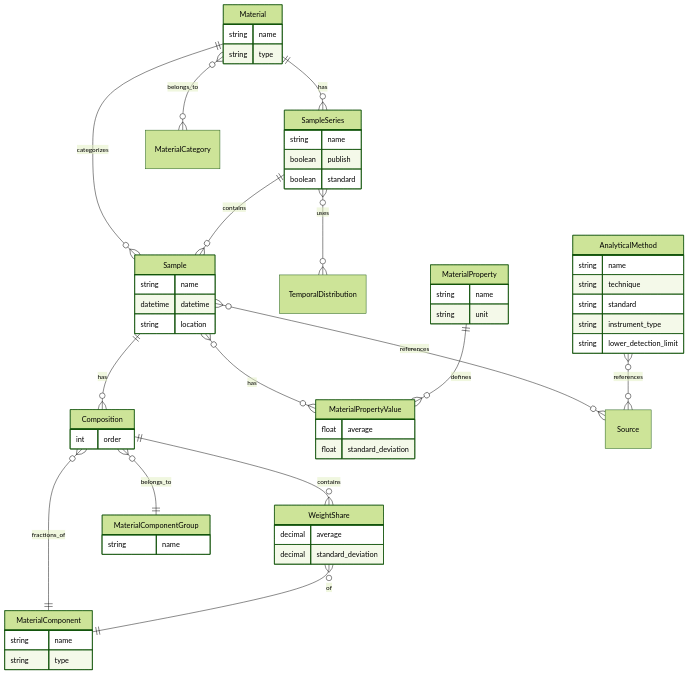
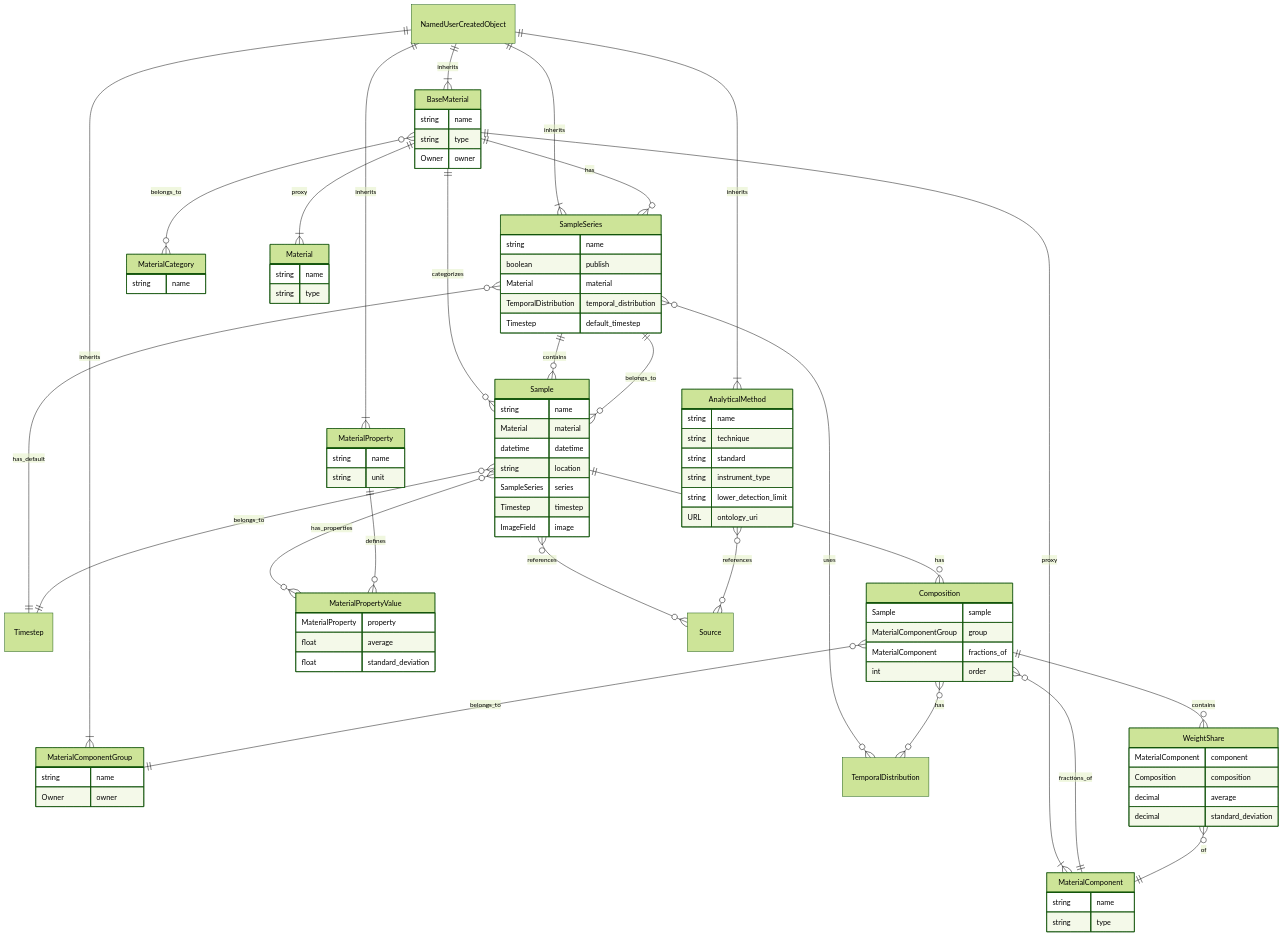
Before and after one commit to lueho/BRIT: the diagram in materials/README.md, drawn with Mermaid (forest theme).

Commit message:
docs: add README for Materials module with ERD and feature documentation

````diff
--- a/materials/README.md
+++ b/materials/README.md
@@ -40,25 +40,47 @@
 ```mermaid
 erDiagram
-    Material ||--o{ SampleSeries : "has"
-    Material ||--o{ Sample : "categorizes"
-    Material }o--o{ MaterialCategory : "belongs_to"
+    NamedUserCreatedObject ||--|{ BaseMaterial : "inherits"
+    NamedUserCreatedObject ||--|{ MaterialComponentGroup : "inherits"
+    NamedUserCreatedObject ||--|{ MaterialProperty : "inherits"
+    NamedUserCreatedObject ||--|{ SampleSeries : "inherits"
+    NamedUserCreatedObject ||--|{ AnalyticalMethod : "inherits"
+
+    BaseMaterial ||--o{ SampleSeries : "has"
+    BaseMaterial ||--o{ Sample : "categorizes"
+    BaseMaterial }o--o{ MaterialCategory : "belongs_to"
+    BaseMaterial ||--|{ Material : "proxy"
+    BaseMaterial ||--|{ MaterialComponent : "proxy"
     
     SampleSeries ||--o{ Sample : "contains"
     SampleSeries }o--o{ TemporalDistribution : "uses"
+    SampleSeries }o--|| Timestep : "has_default"
     
     Sample ||--o{ Composition : "has"
-    Sample }o--o{ MaterialPropertyValue : "has"
+    Sample }o--o{ MaterialPropertyValue : "has_properties"
     Sample }o--o{ Source : "references"
+    Sample }o--|| Timestep : "belongs_to"
+    Sample }o--|| SampleSeries : "belongs_to"
     
     Composition ||--o{ WeightShare : "contains"
     Composition }o--|| MaterialComponentGroup : "belongs_to"
     Composition }o--|| MaterialComponent : "fractions_of"
+    Composition }o--o{ TemporalDistribution : "has"
     
     WeightShare }o--|| MaterialComponent : "of"
     
     MaterialProperty ||--o{ MaterialPropertyValue : "defines"
     
     AnalyticalMethod }o--o{ Source : "references"
+    
+    MaterialCategory {
+        string name
+    }
+    
+    BaseMaterial {
+        string name
+        string type
+        Owner owner
+    }
     
     Material {
         string name
@@ -72,25 +94,37 @@
     
     MaterialComponentGroup {
         string name
+        Owner owner
     }
     
     SampleSeries {
         string name
         boolean publish
-        boolean standard
+        Material material
+        TemporalDistribution temporal_distribution
+        Timestep default_timestep
     }
     
     Sample {
         string name
+        Material material
         datetime datetime
         string location
+        SampleSeries series
+        Timestep timestep
+        ImageField image
     }
     
     Composition {
+        Sample sample
+        MaterialComponentGroup group
+        MaterialComponent fractions_of
         int order
     }
     
     WeightShare {
+        MaterialComponent component
+        Composition composition
         decimal average
         decimal standard_deviation
     }
@@ -101,6 +135,7 @@
     }
     
     MaterialPropertyValue {
+        MaterialProperty property
         float average
         float standard_deviation
     }
@@ -111,5 +146,6 @@
         string standard
         string instrument_type
         string lower_detection_limit
+        URL ontology_uri
     }
 ```
````
